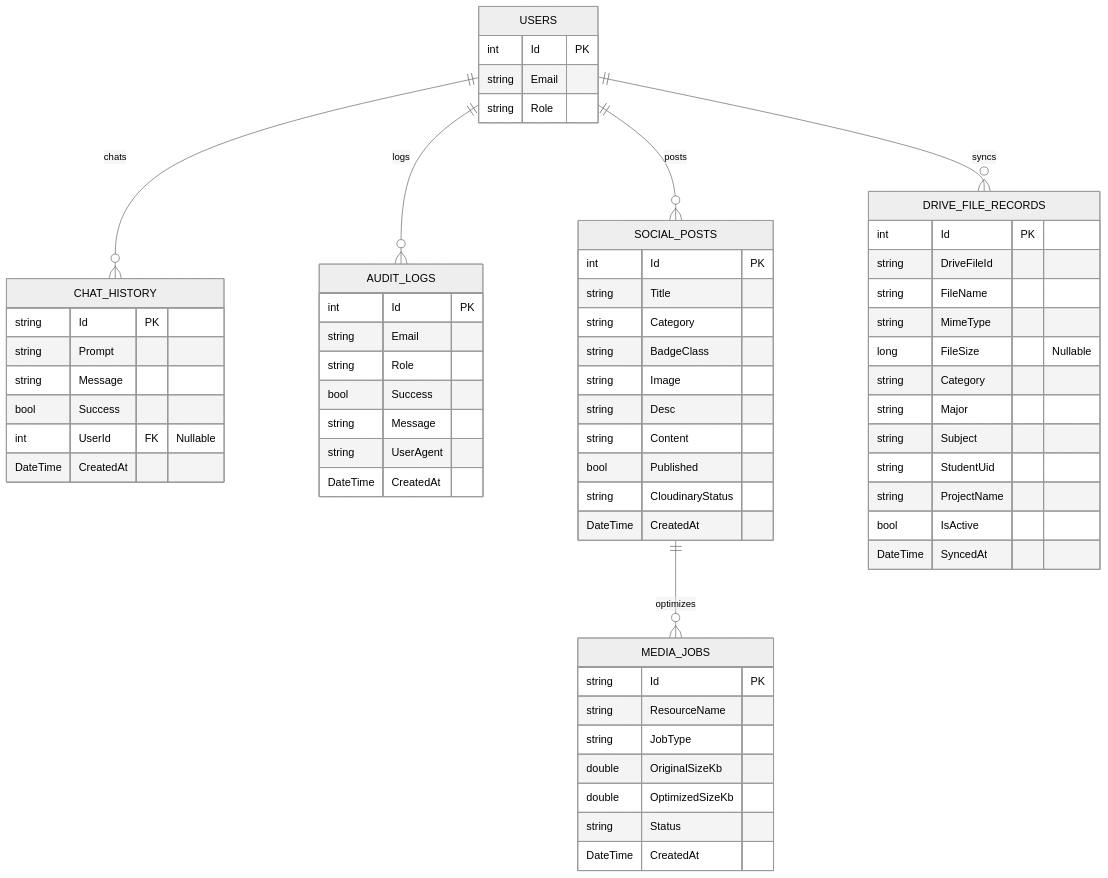
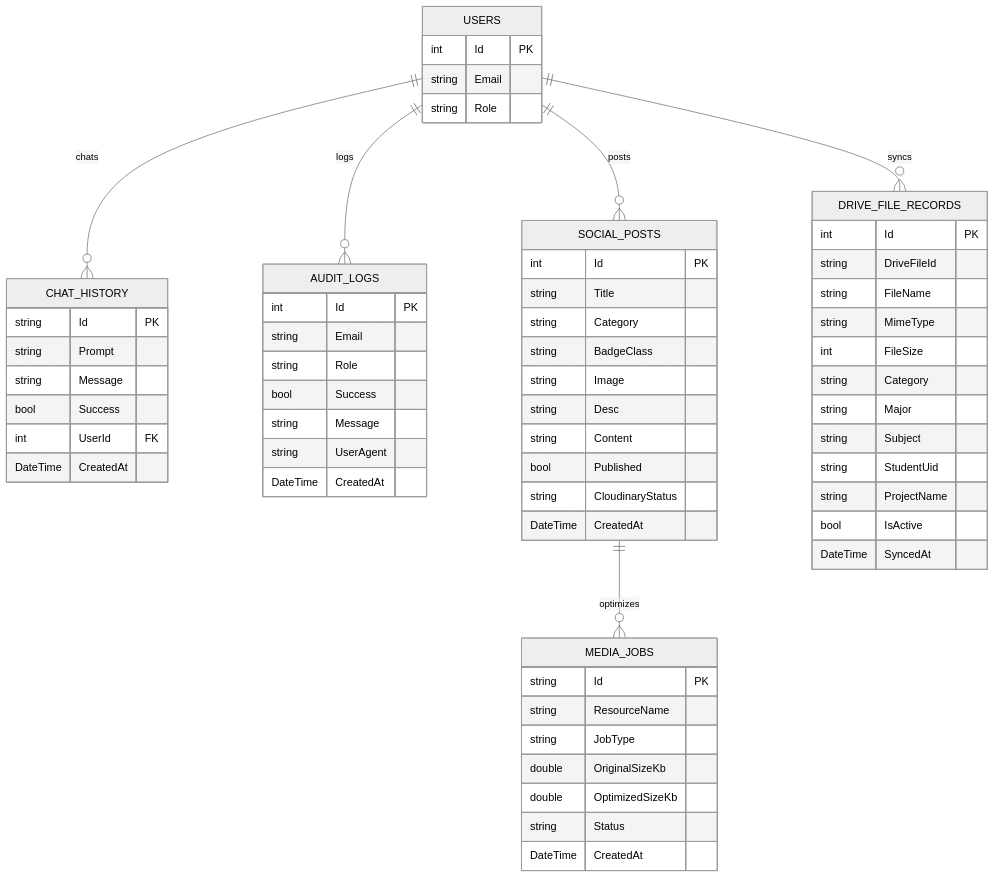
Before and after one commit to phucnguyen2716/Thesis-Management: the second of 4 diagrams in README.md, drawn with Mermaid (neutral theme).

Commit message:
docs: simplify Block 2 attributes and update relationship connector style

````diff
--- a/README.md
+++ b/README.md
@@ -525,66 +525,66 @@
 ```mermaid
 erDiagram
     USERS {
         int Id PK
         string Email
         string Role
     }
     CHAT_HISTORY {
         string Id PK
         string Prompt
         string Message
         bool Success
-        int UserId FK "Nullable"
+        int UserId FK
         DateTime CreatedAt
     }
     AUDIT_LOGS {
         int Id PK
         string Email
         string Role
         bool Success
         string Message
         string UserAgent
         DateTime CreatedAt
     }
     SOCIAL_POSTS {
         int Id PK
         string Title
         string Category
         string BadgeClass
         string Image
         string Desc
         string Content
         bool Published
         string CloudinaryStatus
         DateTime CreatedAt
     }
     MEDIA_JOBS {
         string Id PK
         string ResourceName
         string JobType
         double OriginalSizeKb
         double OptimizedSizeKb
         string Status
         DateTime CreatedAt
     }
     DRIVE_FILE_RECORDS {
         int Id PK
         string DriveFileId
         string FileName
         string MimeType
-        long FileSize "Nullable"
+        int FileSize
         string Category
         string Major
         string Subject
         string StudentUid
         string ProjectName
         bool IsActive
         DateTime SyncedAt
     }
 
-    USERS ||--o{ CHAT_HISTORY : "chats"
-    USERS ||--o{ AUDIT_LOGS : "logs"
-    USERS ||--o{ SOCIAL_POSTS : "posts"
-    SOCIAL_POSTS ||--o{ MEDIA_JOBS : "optimizes"
-    USERS ||--o{ DRIVE_FILE_RECORDS : "syncs"
+    USERS ||--}o CHAT_HISTORY : "chats"
+    USERS ||--}o AUDIT_LOGS : "logs"
+    USERS ||--}o SOCIAL_POSTS : "posts"
+    SOCIAL_POSTS ||--}o MEDIA_JOBS : "optimizes"
+    USERS ||--}o DRIVE_FILE_RECORDS : "syncs"
 ```
````
